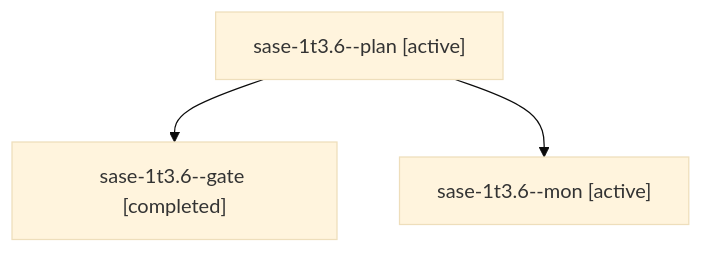
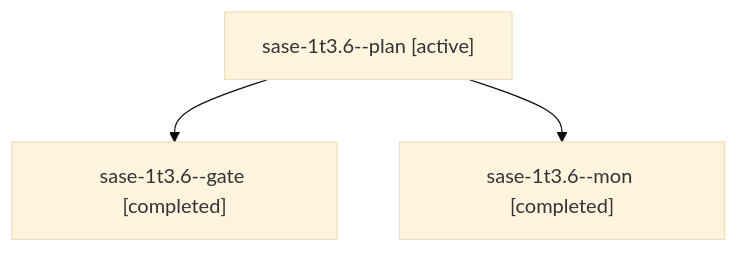
One commit to sase-org/sase--agents changed the diagram in sessions/bbugyi200.athena.sase-1t3.6.md. Above: the diagram before and after it, drawn with Mermaid (base theme). The commit also changed other lines of this file and 94 other files, not shown here.

````diff
--- a/sessions/bbugyi200.athena.sase-1t3.6.md
+++ b/sessions/bbugyi200.athena.sase-1t3.6.md
@@ -9,8 +9,8 @@
 ```mermaid
 flowchart TD
   n0["sase-1t3.6--plan [active]"]
   n1["sase-1t3.6--gate [completed]"]
   n0 --> n1
-  n2["sase-1t3.6--mon [active]"]
+  n2["sase-1t3.6--mon [completed]"]
   n0 --> n2
 ```
````
